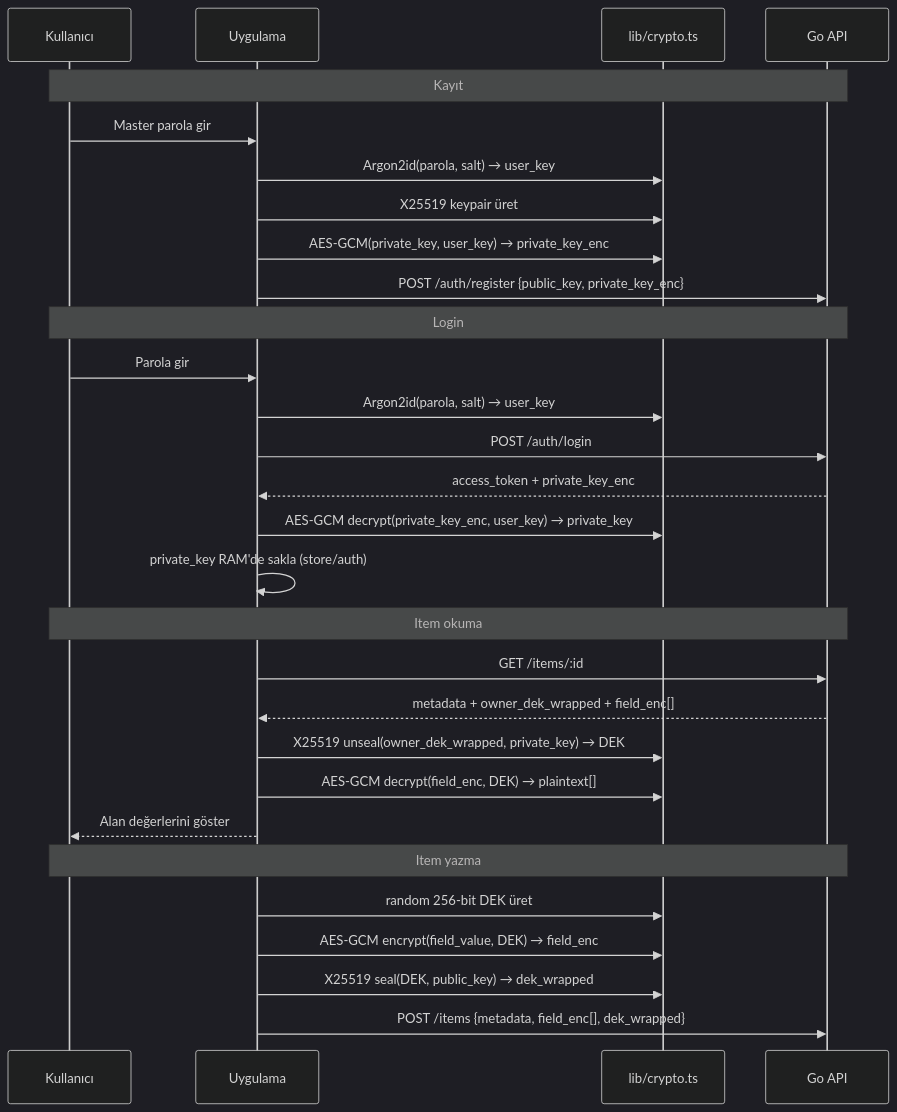
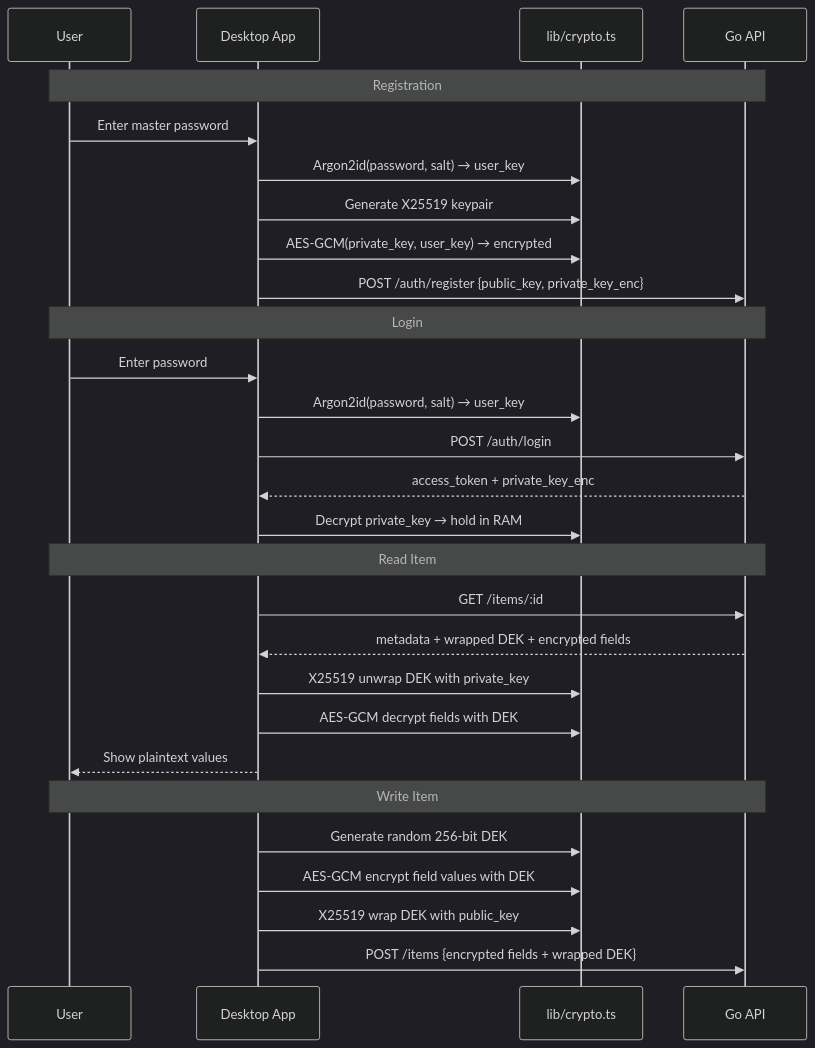
The second of 4 diagrams in client/README.md (GameOfAI/IronStock), drawn with Mermaid (dark theme) before and after one commit. The commit also changed other lines of this file and 8 other files, not shown here.

````diff
--- a/client/README.md
+++ b/client/README.md
@@ -136,35 +87,34 @@
 ```mermaid
 sequenceDiagram
-    participant U as Kullanıcı
-    participant App as Uygulama
+    participant User
+    participant App as Desktop App
     participant Crypto as lib/crypto.ts
     participant Server as Go API
 
-    Note over U,Server: Kayıt
-    U->>App: Master parola gir
-    App->>Crypto: Argon2id(parola, salt) → user_key
-    App->>Crypto: X25519 keypair üret
-    App->>Crypto: AES-GCM(private_key, user_key) → private_key_enc
+    Note over User,Server: Registration
+    User->>App: Enter master password
+    App->>Crypto: Argon2id(password, salt) → user_key
+    App->>Crypto: Generate X25519 keypair
+    App->>Crypto: AES-GCM(private_key, user_key) → encrypted
     App->>Server: POST /auth/register {public_key, private_key_enc}
 
-    Note over U,Server: Login
-    U->>App: Parola gir
-    App->>Crypto: Argon2id(parola, salt) → user_key
+    Note over User,Server: Login
+    User->>App: Enter password
+    App->>Crypto: Argon2id(password, salt) → user_key
     App->>Server: POST /auth/login
     Server-->>App: access_token + private_key_enc
-    App->>Crypto: AES-GCM decrypt(private_key_enc, user_key) → private_key
-    App->>App: private_key RAM'de sakla (store/auth)
+    App->>Crypto: Decrypt private_key → hold in RAM
+    
+    Note over User,Server: Read Item
+    App->>Server: GET /items/:id
+    Server-->>App: metadata + wrapped DEK + encrypted fields
+    App->>Crypto: X25519 unwrap DEK with private_key
+    App->>Crypto: AES-GCM decrypt fields with DEK
+    App-->>User: Show plaintext values
 
-    Note over U,Server: Item okuma
-    App->>Server: GET /items/:id
-    Server-->>App: metadata + owner_dek_wrapped + field_enc[]
-    App->>Crypto: X25519 unseal(owner_dek_wrapped, private_key) → DEK
-    App->>Crypto: AES-GCM decrypt(field_enc, DEK) → plaintext[]
-    App-->>U: Alan değerlerini göster
-
-    Note over U,Server: Item yazma
-    App->>Crypto: random 256-bit DEK üret
-    App->>Crypto: AES-GCM encrypt(field_value, DEK) → field_enc
-    App->>Crypto: X25519 seal(DEK, public_key) → dek_wrapped
-    App->>Server: POST /items {metadata, field_enc[], dek_wrapped}
+    Note over User,Server: Write Item
+    App->>Crypto: Generate random 256-bit DEK
+    App->>Crypto: AES-GCM encrypt field values with DEK
+    App->>Crypto: X25519 wrap DEK with public_key
+    App->>Server: POST /items {encrypted fields + wrapped DEK}
 ```
````
